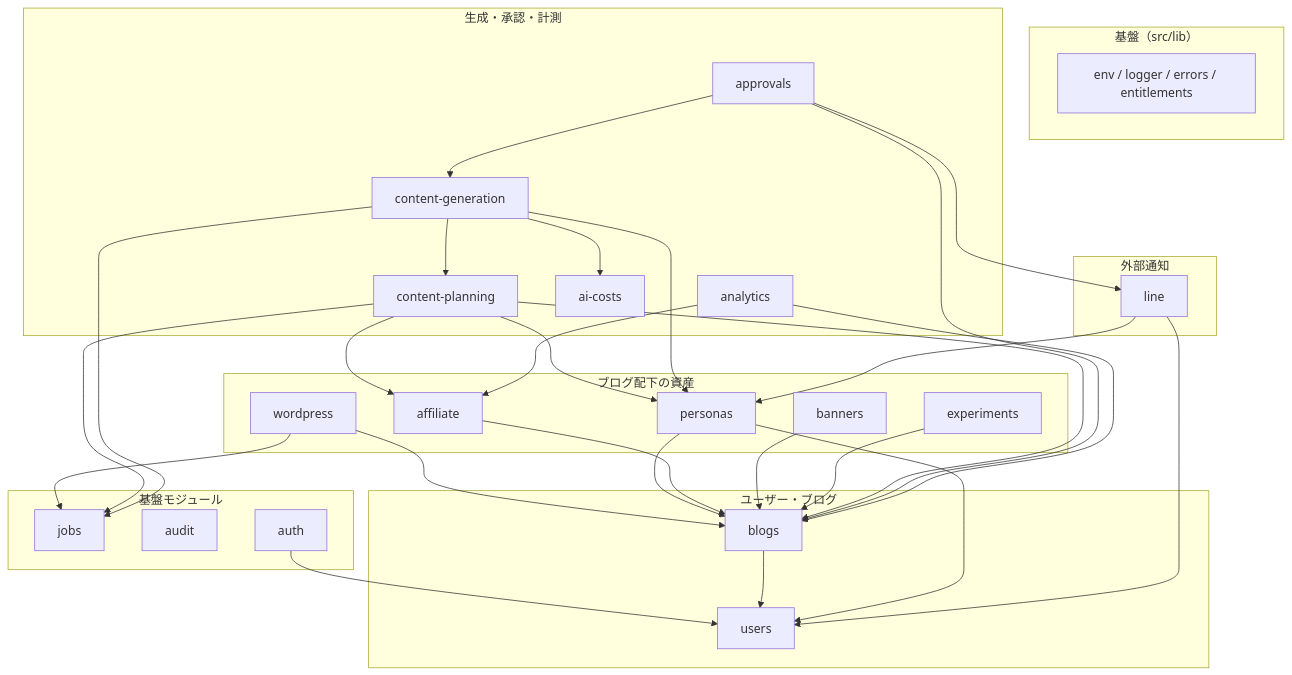
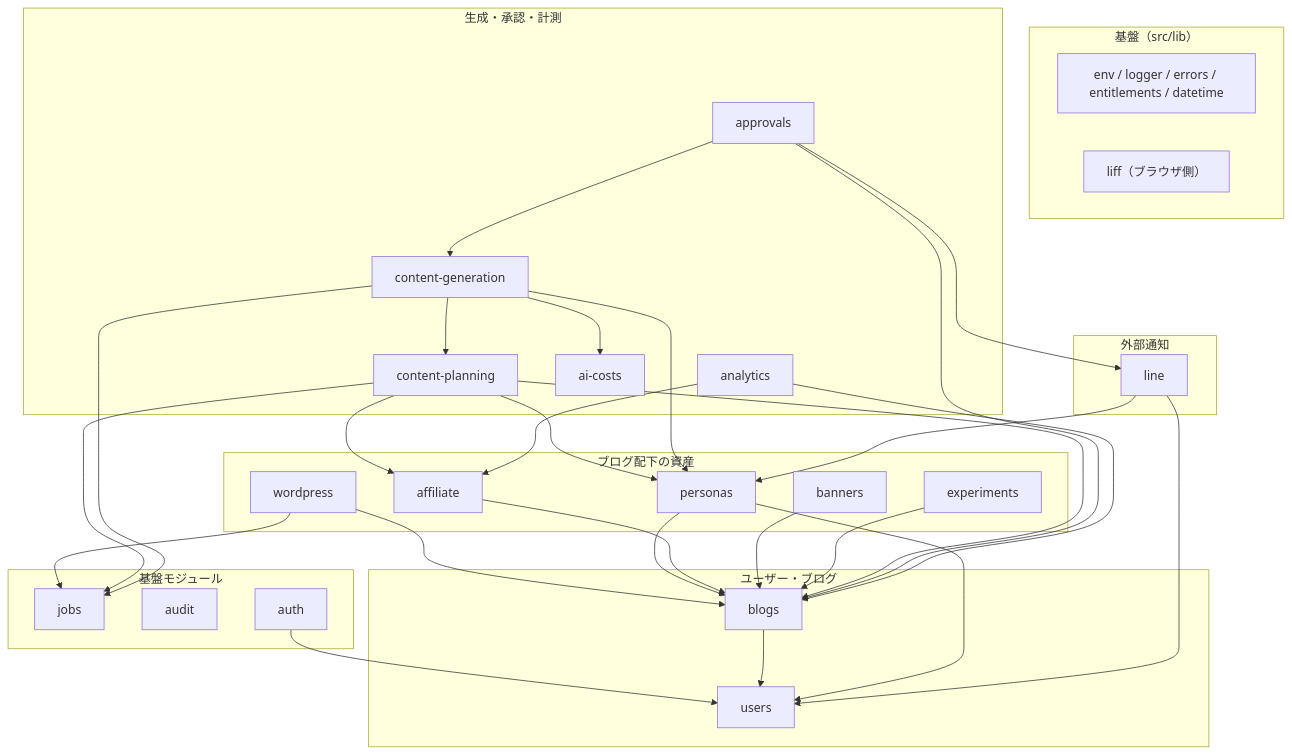
The diagram in docs/MODULE_RULES.md (stockbusiness/bunshin-blog), drawn with Mermaid before and after one commit. The commit also changed other lines of this file and 14 other files, not shown here.

````diff
--- a/docs/MODULE_RULES.md
+++ b/docs/MODULE_RULES.md
@@ -96,62 +113,63 @@
 ```mermaid
 graph TD
   subgraph L0["基盤（src/lib）"]
-    lib["env / logger / errors / entitlements"]
+    lib["env / logger / errors / entitlements / datetime"]
+    libc["liff（ブラウザ側）"]
   end
 
   subgraph L1["基盤モジュール"]
     jobs
     audit
     auth
   end
 
   subgraph L2["ユーザー・ブログ"]
     users
     blogs
   end
 
   subgraph L3["ブログ配下の資産"]
     wordpress
     personas
     affiliate
     banners
     experiments
   end
 
   subgraph L4["生成・承認・計測"]
     cp["content-planning"]
     cg["content-generation"]
     approvals
     analytics
     costs["ai-costs"]
   end
 
   subgraph L5["外部通知"]
     line
   end
 
   auth --> users
   blogs --> users
   wordpress --> blogs
   personas --> users
   personas --> blogs
   affiliate --> blogs
   banners --> blogs
   experiments --> blogs
   wordpress --> jobs
   cp --> blogs
   cp --> affiliate
   cp --> personas
   cp --> jobs
   cg --> cp
   cg --> personas
   cg --> costs
   cg --> jobs
   approvals --> cg
   approvals --> blogs
   approvals --> line
   analytics --> blogs
   analytics --> affiliate
   line --> users
   line --> personas
 ```
````
